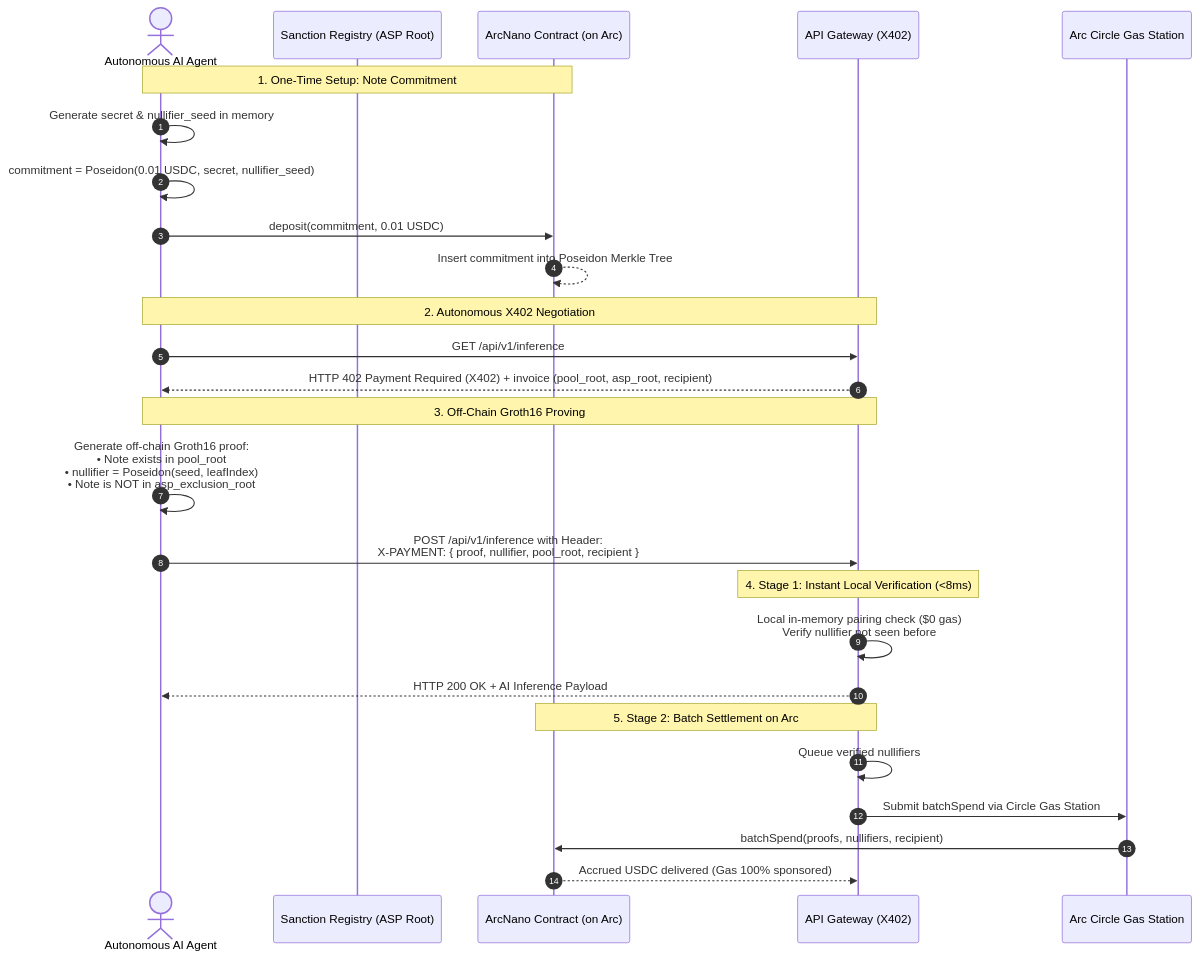
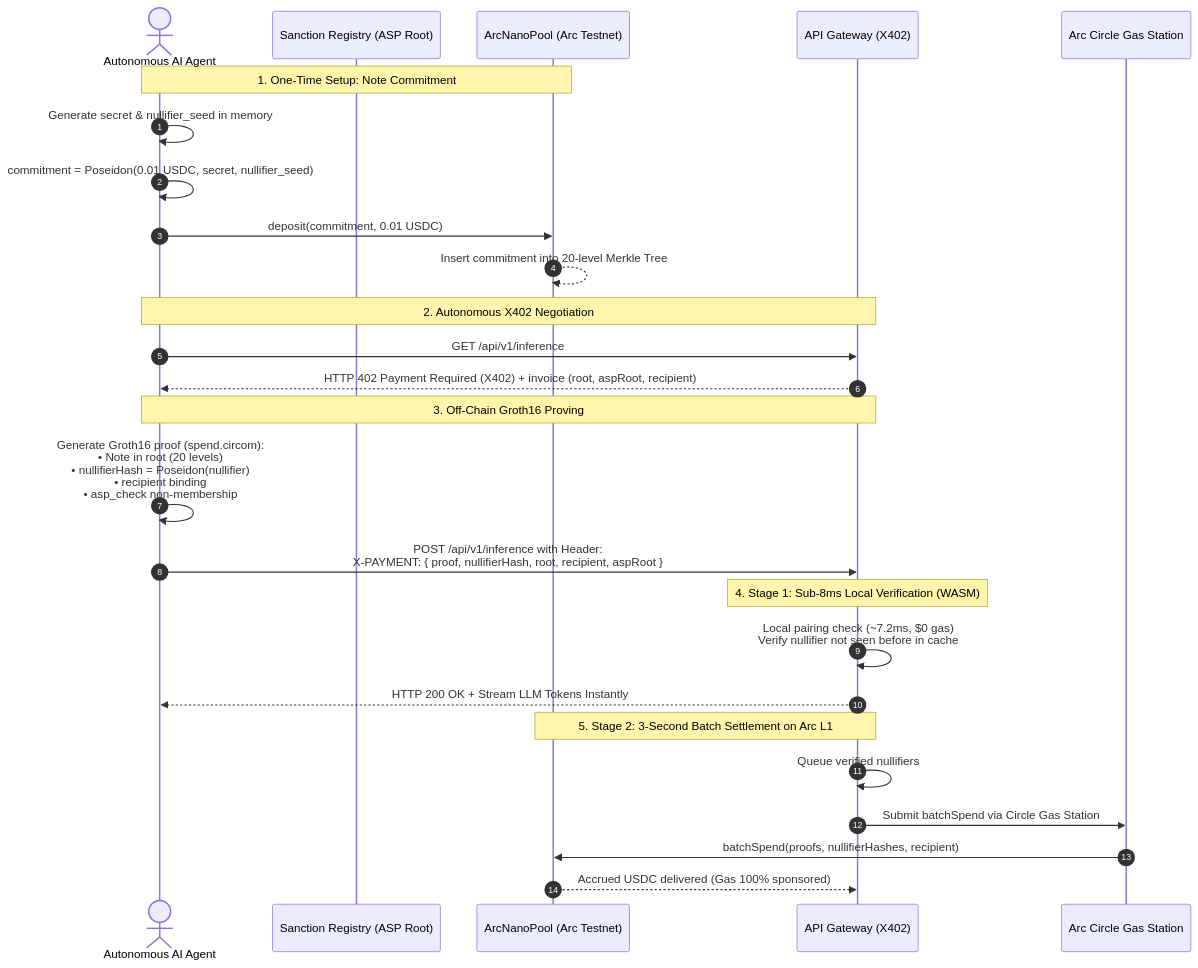
The diagram in README.md (Trymbakmahant/arcnano), drawn with Mermaid before and after one commit. The commit also changed other lines of this file, not shown here.

Commit message:
docs: update README with Arc Testnet deployments, Circom circuit architecture, and 3s finality analysis

````diff
--- a/README.md
+++ b/README.md
@@ -43,33 +43,33 @@
 ```mermaid
 sequenceDiagram
     autonumber
     actor Agent as Autonomous AI Agent
     participant ASP as Sanction Registry (ASP Root)
-    participant ArcPool as ArcNano Contract (on Arc)
+    participant ArcPool as ArcNanoPool (Arc Testnet)
     participant Receiver as API Gateway (X402)
     participant GasStation as Arc Circle Gas Station
 
     Note over Agent,ArcPool: 1. One-Time Setup: Note Commitment
     Agent->>Agent: Generate secret & nullifier_seed in memory
     Agent->>Agent: commitment = Poseidon(0.01 USDC, secret, nullifier_seed)
     Agent->>ArcPool: deposit(commitment, 0.01 USDC)
-    ArcPool-->>ArcPool: Insert commitment into Poseidon Merkle Tree
+    ArcPool-->>ArcPool: Insert commitment into 20-level Merkle Tree
 
     Note over Agent,Receiver: 2. Autonomous X402 Negotiation
     Agent->>Receiver: GET /api/v1/inference
-    Receiver-->>Agent: HTTP 402 Payment Required (X402) + invoice (pool_root, asp_root, recipient)
+    Receiver-->>Agent: HTTP 402 Payment Required (X402) + invoice (root, aspRoot, recipient)
 
     Note over Agent,Receiver: 3. Off-Chain Groth16 Proving
-    Agent->>Agent: Generate off-chain Groth16 proof:<br/>• Note exists in pool_root<br/>• nullifier = Poseidon(seed, leafIndex)<br/>• Note is NOT in asp_exclusion_root
-    Agent->>Receiver: POST /api/v1/inference with Header:<br/>X-PAYMENT: { proof, nullifier, pool_root, recipient }
+    Agent->>Agent: Generate Groth16 proof (spend.circom):<br/>• Note in root (20 levels)<br/>• nullifierHash = Poseidon(nullifier)<br/>• recipient binding<br/>• asp_check non-membership
+    Agent->>Receiver: POST /api/v1/inference with Header:<br/>X-PAYMENT: { proof, nullifierHash, root, recipient, aspRoot }
 
-    Note over Receiver: 4. Stage 1: Instant Local Verification (<8ms)
-    Receiver->>Receiver: Local in-memory pairing check ($0 gas)<br/>Verify nullifier not seen before
-    Receiver-->>Agent: HTTP 200 OK + AI Inference Payload
+    Note over Receiver: 4. Stage 1: Sub-8ms Local Verification (WASM)
+    Receiver->>Receiver: Local pairing check (~7.2ms, $0 gas)<br/>Verify nullifier not seen before in cache
+    Receiver-->>Agent: HTTP 200 OK + Stream LLM Tokens Instantly
 
-    Note over Receiver,ArcPool: 5. Stage 2: Batch Settlement on Arc
+    Note over Receiver,ArcPool: 5. Stage 2: 3-Second Batch Settlement on Arc L1
     Receiver->>Receiver: Queue verified nullifiers
     Receiver->>GasStation: Submit batchSpend via Circle Gas Station
-    GasStation->>ArcPool: batchSpend(proofs, nullifiers, recipient)
+    GasStation->>ArcPool: batchSpend(proofs, nullifierHashes, recipient)
     ArcPool-->>Receiver: Accrued USDC delivered (Gas 100% sponsored)
 ```
````
